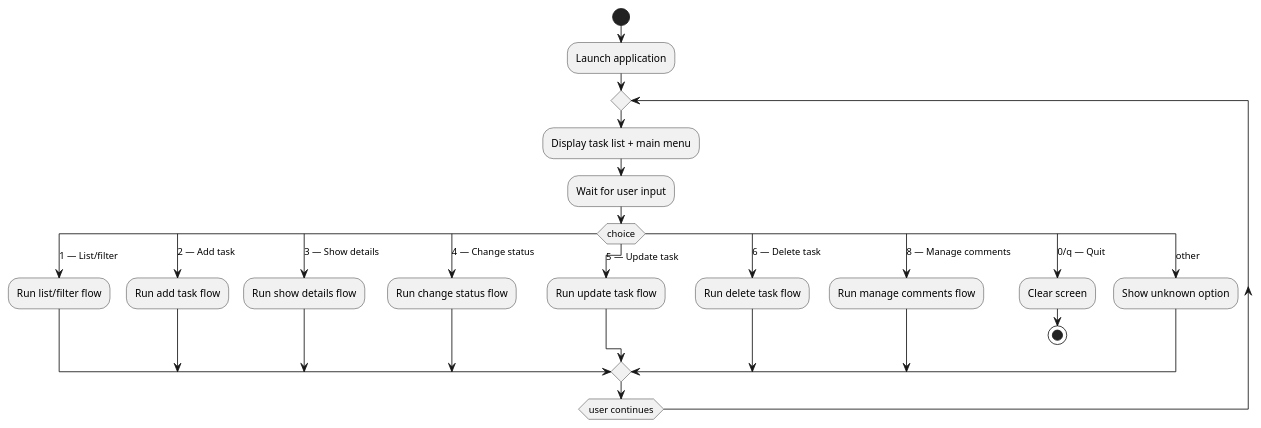
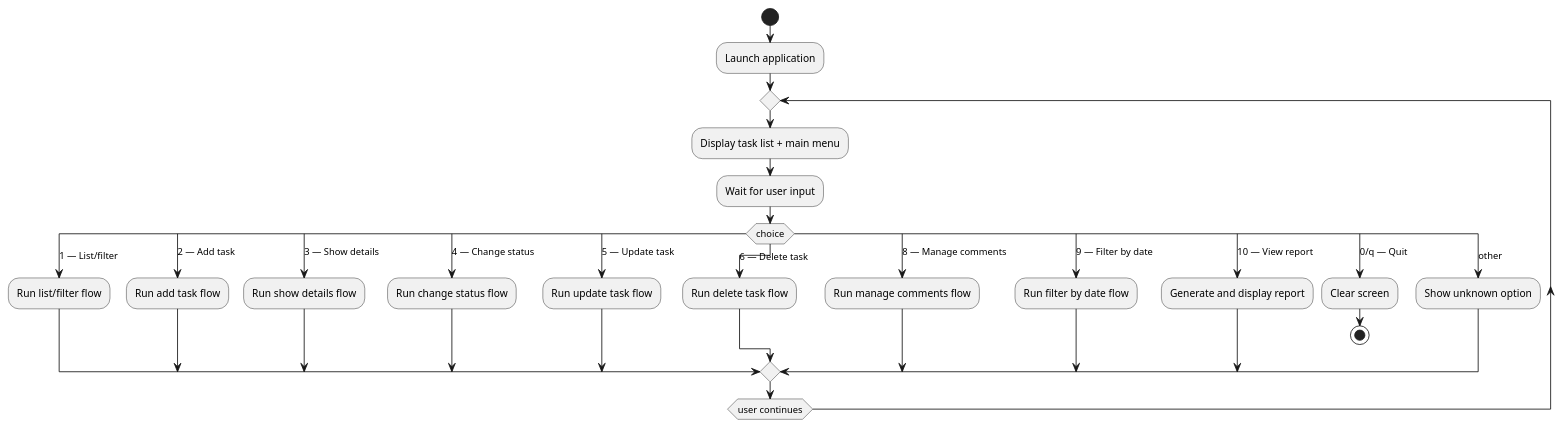
One commit to DanielRiha8906/Software_autoevolution_using_agents changed the diagram in experiments/broadcast/user_stories/TODO/artifacts/activity_diagram.puml. Above: the diagram before and after it, drawn with PlantUML. The commit also changed 9 other files, not shown here.

```diff
--- a/experiments/broadcast/user_stories/TODO/artifacts/activity_diagram.puml
+++ b/experiments/broadcast/user_stories/TODO/artifacts/activity_diagram.puml
@@ -1,34 +1,38 @@
 @startuml
 
 start
 :Launch application;
 
 repeat
   :Display task list + main menu;
   :Wait for user input;
 
   switch (choice)
     case (1 — List/filter)
       :Run list/filter flow;
     case (2 — Add task)
       :Run add task flow;
     case (3 — Show details)
       :Run show details flow;
     case (4 — Change status)
       :Run change status flow;
     case (5 — Update task)
       :Run update task flow;
     case (6 — Delete task)
       :Run delete task flow;
     case (8 — Manage comments)
       :Run manage comments flow;
+    case (9 — Filter by date)
+      :Run filter by date flow;
+    case (10 — View report)
+      :Generate and display report;
     case (0/q — Quit)
       :Clear screen;
       stop
     case (other)
       :Show unknown option;
   endswitch
 
 repeat while (user continues)
 
 @enduml
```
